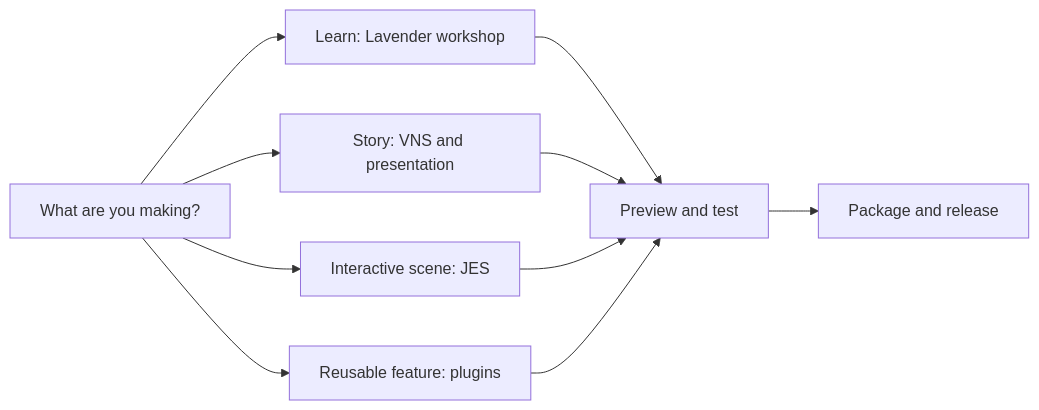
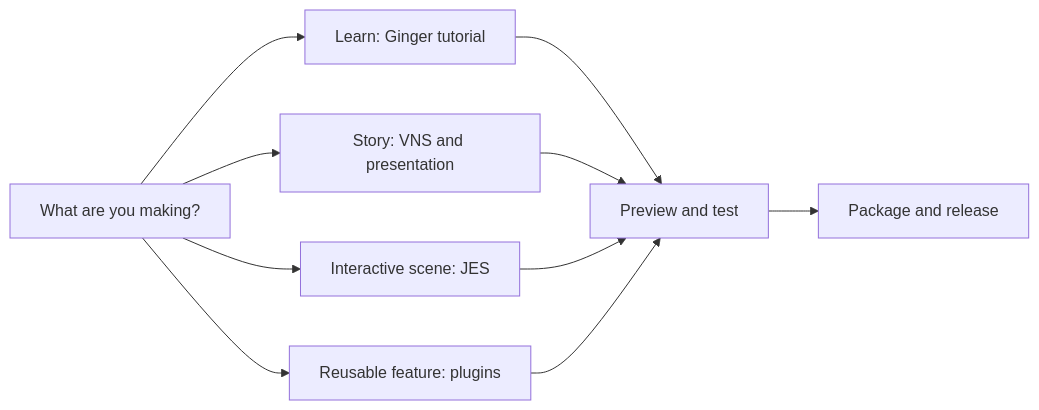
One commit to S1mplector/Java-Vector-Nexus changed the diagram in docs/README.md. Above: the diagram before and after it, drawn with Mermaid. The commit also changed other lines of this file and 104 other files, not shown here.

````diff
--- a/docs/README.md
+++ b/docs/README.md
@@ -6,14 +6,14 @@
 ```mermaid
 flowchart LR
   accTitle: Find the right JVN documentation
   accDescr: New authors follow the workshop, project work uses editor and scripting guides, and reusable features use the plugin API. All paths lead to runtime testing and release.
-  Start["What are you making?"] --> Learn["Learn: Lavender workshop"]
+  Start["What are you making?"] --> Learn["Learn: Ginger tutorial"]
   Start --> Story["Story: VNS and presentation"]
   Start --> World["Interactive scene: JES"]
   Start --> Tool["Reusable feature: plugins"]
   Learn --> Test["Preview and test"]
   Story --> Test
   World --> Test
   Tool --> Test
   Test --> Ship["Package and release"]
 ```
````
